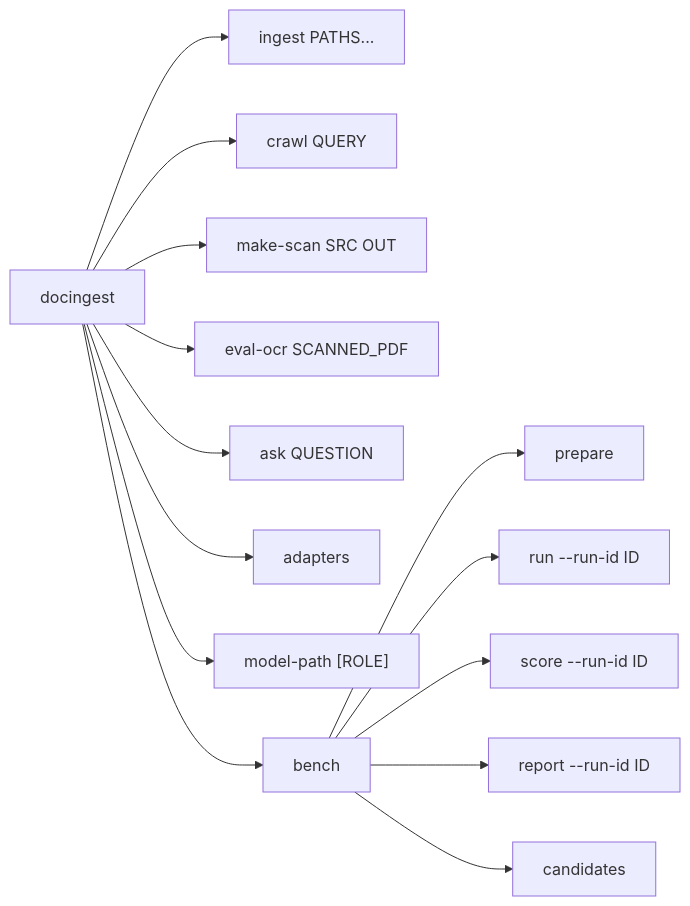
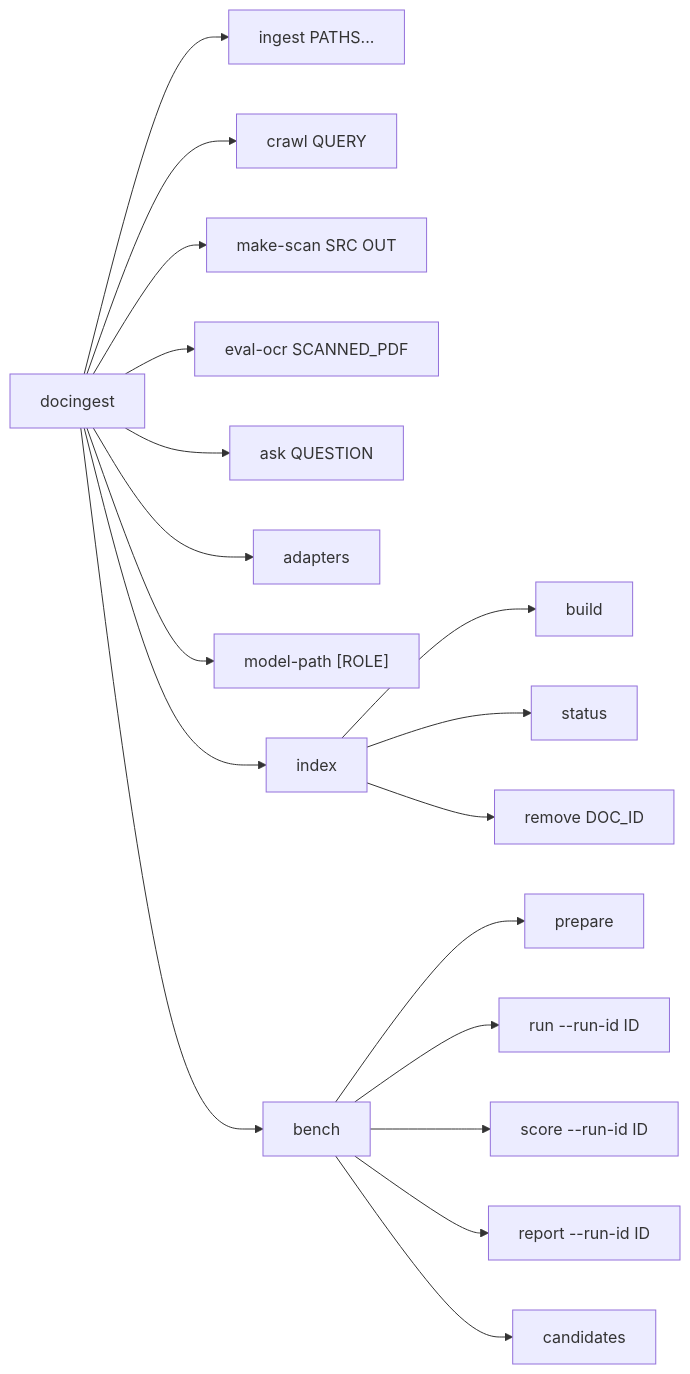
One commit to etxsA/doc-ingest changed the first of 6 diagrams in packages/docingest/src/docingest/entrypoints/README.md. Above: the diagram before and after it, drawn with Mermaid. The commit also changed other lines of this file and 6 other files, not shown here.

First line of the commit message:
feat(cli): docingest index build, status and remove

````diff
--- a/packages/docingest/src/docingest/entrypoints/README.md
+++ b/packages/docingest/src/docingest/entrypoints/README.md
@@ -46,16 +47,20 @@
 ```mermaid
 flowchart LR
     root["docingest"] --> ingest["ingest PATHS..."]
     root --> crawl["crawl QUERY"]
     root --> makescan["make-scan SRC OUT"]
     root --> evalocr["eval-ocr SCANNED_PDF"]
     root --> ask["ask QUESTION"]
     root --> adapters["adapters"]
     root --> modelpath["model-path [ROLE]"]
+    root --> index["index"]
+    index --> ibuild["build"]
+    index --> istatus["status"]
+    index --> iremove["remove DOC_ID"]
     root --> bench["bench"]
     bench --> prepare["prepare"]
     bench --> run["run --run-id ID"]
     bench --> score["score --run-id ID"]
     bench --> report["report --run-id ID"]
     bench --> candidates["candidates"]
 ```
````
